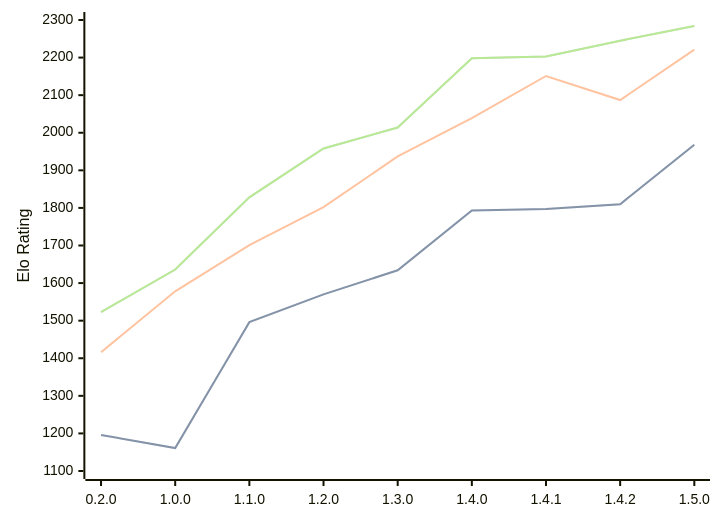
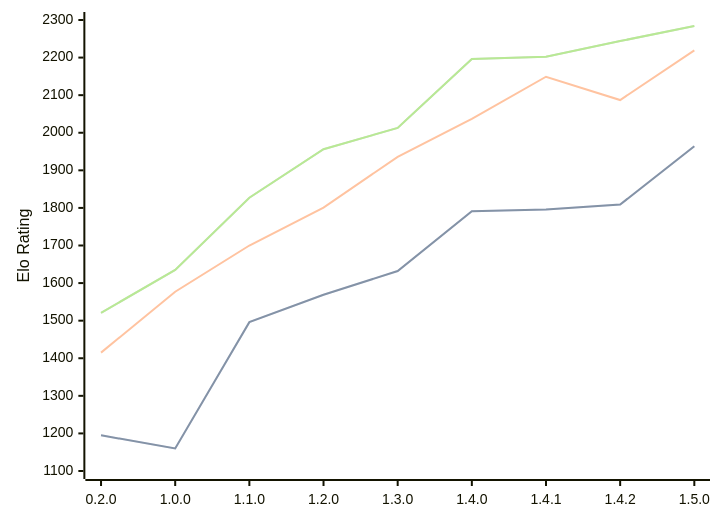
The diagram in engines/Zeppelin.md (computer-chess-index/cci), drawn with Mermaid before and after one commit. The commit also changed other lines of this file, not shown here.

Commit message:
Update CCI Ratings (ELO VLTC) - 2026-04-06

````diff
--- a/engines/Zeppelin.md
+++ b/engines/Zeppelin.md
@@ -41,11 +41,11 @@
 ```mermaid
 %%{init: {"theme":"base","themeVariables":{"seriesColors:['#a3a3a3','#222221','#faa371']}}}%%
 xychart-beta
   x-axis ["0.2.0", "1.0.0", "1.1.0", "1.2.0", "1.3.0", "1.4.0", "1.4.1", "1.4.2", "1.5.0"]
   y-axis "Elo Rating" 1100 --> 2300
-  line "STC (8.0+0.08s)" [1196, 1161, 1496, 1570, 1634, 1793, 1797, 1810, 1968]
-  line "STC (8.0+0.08s)" [1196, 1161, 1496, 1570, 1634, 1793, 1797, 1810, 1968]
-  line "LTC (60.0+0.60s)" [1416, 1578, 1701, 1802, 1937, 2039, 2151, 2087, 2221]
-  line "VLTC (2m24s+1.12s)" [1523, 1636, 1828, 1958, 2014, 2198, 2203, 2245, 2284]
-  line "VLTC (2m24s+1.12s)" [1523, 1636, 1828, 1958, 2014, 2198, 2203, 2245, 2284]
+  line "STC (8.0+0.08s)" [1195, 1160, 1496, 1569, 1632, 1791, 1796, 1809, 1964]
+  line "STC (8.0+0.08s)" [1195, 1160, 1496, 1569, 1632, 1791, 1796, 1809, 1964]
+  line "LTC (60.0+0.60s)" [1415, 1577, 1700, 1801, 1936, 2037, 2149, 2087, 2219]
+  line "VLTC (2m24s+1.12s)" [1521, 1635, 1827, 1956, 2013, 2196, 2202, 2244, 2284]
+  line "VLTC (2m24s+1.12s)" [1521, 1635, 1827, 1956, 2013, 2196, 2202, 2244, 2284]
 ```
````
